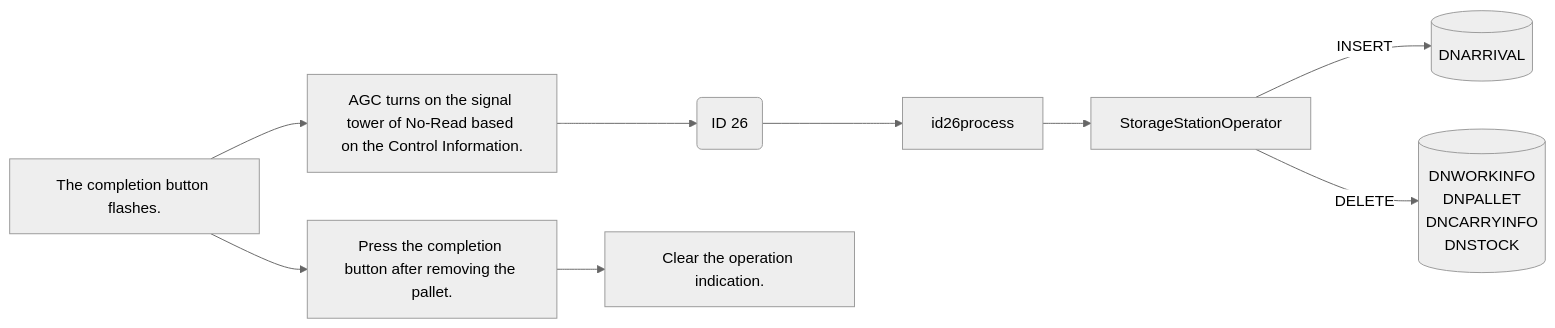
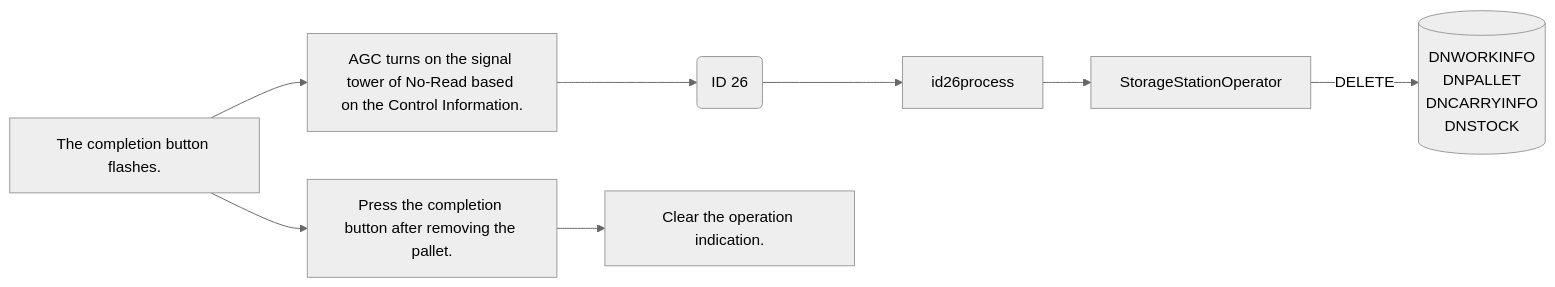
Before and after one commit to luthfiadityaa/SimeDarby-Wiki: the tenth of 10 diagrams in Basic-Design/DFD-WMS/Storage/Palletizing-Settting/Irregular-Cases.md, drawn with Mermaid (neutral theme).

Commit message:
Updated Irregular Cases

```diff
--- a/Basic-Design/DFD-WMS/Storage/Palletizing-Settting/Irregular-Cases.md
+++ b/Basic-Design/DFD-WMS/Storage/Palletizing-Settting/Irregular-Cases.md
@@ -435,41 +435,36 @@
 ::: mermaid
 flowchart LR
 
 releaseCommand["
 The completion button flashes.
 "]
 
 releaseCommand0["
 AGC turns on the signal tower of No-Read based on the Control Information. 
 "]
 
 id26msg("
 ID 26
 ")
-
-id26-insert[("
-   DNARRIVAL		
-")]
 
 id26-delete[("
    DNWORKINFO
    DNPALLET
    DNCARRYINFO
    DNSTOCK		
 ")]
 
 storageStationOperator[StorageStationOperator]
 
 releaseCommand2["
 Press the completion button after removing the pallet.
 "]
 
 releaseCommand3["
 Clear the operation indication. 
 "]
 
 releaseCommand-->releaseCommand2-->releaseCommand3
 releaseCommand-->releaseCommand0-->id26msg-->id26process-->storageStationOperator
-storageStationOperator--> |INSERT| id26-insert
 storageStationOperator--> |DELETE| id26-delete
 :::
```
